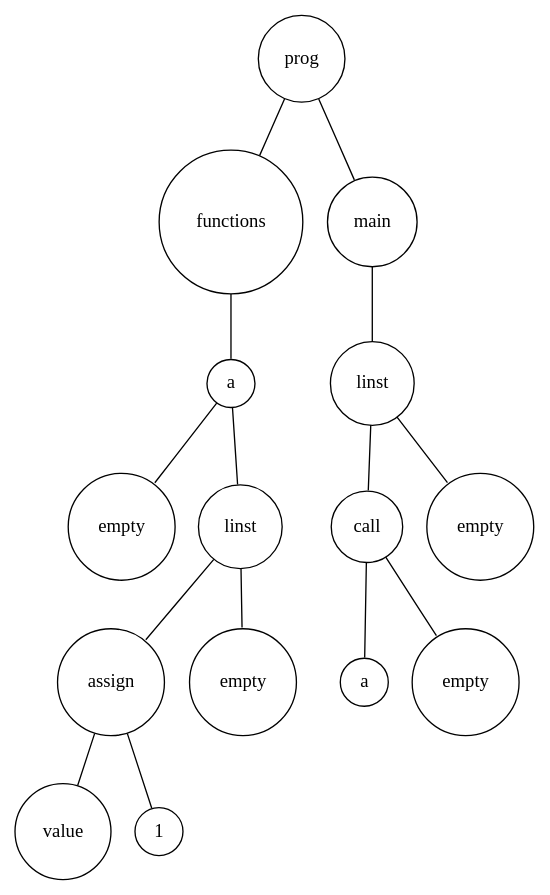
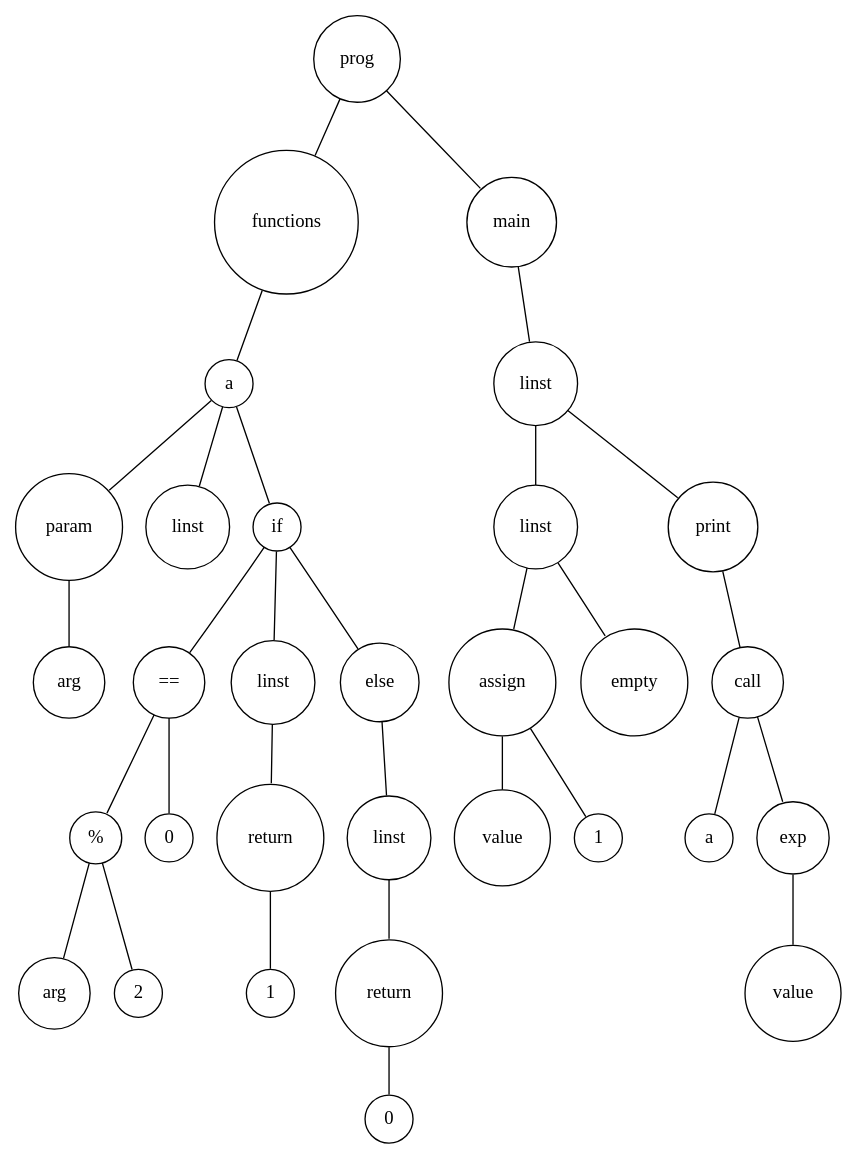
The diagram in img/graph.dot (smi4th/theoden), drawn with Graphviz before and after one commit. The commit also changed 6 other files, not shown here.

Commit message:
functions with return + debug mod

```diff
--- a/img/graph.dot
+++ b/img/graph.dot
@@ -1,32 +1,64 @@
 digraph {
 	node [shape=circle]
-	"3df9e7c4-5366-42cb-8744-291df018b609" [label=prog]
-	"10829626-9b54-487d-9f9d-5d218b20f183" [label=functions]
-	"0faf0749-01b8-4fda-8d1e-8b9e53a5f5d6" [label=a]
-	"94106440-7439-49ff-af74-d27853d2cc7c" [label=empty]
-	"0faf0749-01b8-4fda-8d1e-8b9e53a5f5d6" -> "94106440-7439-49ff-af74-d27853d2cc7c" [arrowsize=0]
-	"1c62ac5d-76c4-4084-be29-246f841d6edb" [label=linst]
-	"75e6cdb3-5038-4701-a45a-bf8297380346" [label=assign]
-	"e5b07fc4-f563-4979-b16f-d0664b668ebf" [label=value]
-	"75e6cdb3-5038-4701-a45a-bf8297380346" -> "e5b07fc4-f563-4979-b16f-d0664b668ebf" [arrowsize=0]
-	"7b757082-8bd9-4559-bfa0-1431585a65a1" [label=1]
-	"75e6cdb3-5038-4701-a45a-bf8297380346" -> "7b757082-8bd9-4559-bfa0-1431585a65a1" [arrowsize=0]
-	"1c62ac5d-76c4-4084-be29-246f841d6edb" -> "75e6cdb3-5038-4701-a45a-bf8297380346" [arrowsize=0]
-	"acba3ff8-8ba0-495e-90d3-1f83f0bc8a7d" [label=empty]
-	"1c62ac5d-76c4-4084-be29-246f841d6edb" -> "acba3ff8-8ba0-495e-90d3-1f83f0bc8a7d" [arrowsize=0]
-	"0faf0749-01b8-4fda-8d1e-8b9e53a5f5d6" -> "1c62ac5d-76c4-4084-be29-246f841d6edb" [arrowsize=0]
-	"10829626-9b54-487d-9f9d-5d218b20f183" -> "0faf0749-01b8-4fda-8d1e-8b9e53a5f5d6" [arrowsize=0]
-	"3df9e7c4-5366-42cb-8744-291df018b609" -> "10829626-9b54-487d-9f9d-5d218b20f183" [arrowsize=0]
-	"07107c65-568b-4d43-af18-1326279e0c4f" [label=main]
-	"8f61247a-13a9-47a2-9b7f-1608fb886a7b" [label=linst]
-	"dd914d54-a9fe-474d-97c5-85a7b5f066de" [label=call]
-	"5d2ff593-e71c-4690-8c23-a0ae2276c26d" [label=a]
-	"dd914d54-a9fe-474d-97c5-85a7b5f066de" -> "5d2ff593-e71c-4690-8c23-a0ae2276c26d" [arrowsize=0]
-	"7a123198-d544-4cf6-a739-de66b7a0be4e" [label=empty]
-	"dd914d54-a9fe-474d-97c5-85a7b5f066de" -> "7a123198-d544-4cf6-a739-de66b7a0be4e" [arrowsize=0]
-	"8f61247a-13a9-47a2-9b7f-1608fb886a7b" -> "dd914d54-a9fe-474d-97c5-85a7b5f066de" [arrowsize=0]
-	"4d5d56bd-8d7e-4229-99c0-dc10b5beb082" [label=empty]
-	"8f61247a-13a9-47a2-9b7f-1608fb886a7b" -> "4d5d56bd-8d7e-4229-99c0-dc10b5beb082" [arrowsize=0]
-	"07107c65-568b-4d43-af18-1326279e0c4f" -> "8f61247a-13a9-47a2-9b7f-1608fb886a7b" [arrowsize=0]
-	"3df9e7c4-5366-42cb-8744-291df018b609" -> "07107c65-568b-4d43-af18-1326279e0c4f" [arrowsize=0]
+	"ad1ca46c-1815-47f9-ae4c-292055c25653" [label=prog]
+	"5a773fcc-4445-4408-90bc-e194066118cf" [label=functions]
+	"3918a3ad-ebed-4600-91ea-c3c3de3171f0" [label=a]
+	"63f84df1-400c-4a2d-950c-6dc53f424e7f" [label=param]
+	"f4dfbcaa-64a2-4563-b818-301cc69572c7" [label=arg]
+	"63f84df1-400c-4a2d-950c-6dc53f424e7f" -> "f4dfbcaa-64a2-4563-b818-301cc69572c7" [arrowsize=0]
+	"3918a3ad-ebed-4600-91ea-c3c3de3171f0" -> "63f84df1-400c-4a2d-950c-6dc53f424e7f" [arrowsize=0]
+	"dee8d07a-366e-4d50-a69f-142ba8fed4c9" [label=linst]
+	"3918a3ad-ebed-4600-91ea-c3c3de3171f0" -> "dee8d07a-366e-4d50-a69f-142ba8fed4c9" [arrowsize=0]
+	"10b8eb55-d89d-4f5e-9978-337f524a3adf" [label=if]
+	"94ebe639-a4f8-4bc3-99f7-8a15ca74aea2" [label="=="]
+	"948f2c94-50a1-4fe1-8141-72d9d164d00c" [label="%"]
+	"f207b53e-3a06-40ec-90ed-5035c4c9b9ee" [label=arg]
+	"948f2c94-50a1-4fe1-8141-72d9d164d00c" -> "f207b53e-3a06-40ec-90ed-5035c4c9b9ee" [arrowsize=0]
+	"b3053a4c-df92-42f9-bc0e-ea1968cb05d2" [label=2]
+	"948f2c94-50a1-4fe1-8141-72d9d164d00c" -> "b3053a4c-df92-42f9-bc0e-ea1968cb05d2" [arrowsize=0]
+	"94ebe639-a4f8-4bc3-99f7-8a15ca74aea2" -> "948f2c94-50a1-4fe1-8141-72d9d164d00c" [arrowsize=0]
+	"0443b283-5efa-487c-9e0f-25314220aafb" [label=0]
+	"94ebe639-a4f8-4bc3-99f7-8a15ca74aea2" -> "0443b283-5efa-487c-9e0f-25314220aafb" [arrowsize=0]
+	"10b8eb55-d89d-4f5e-9978-337f524a3adf" -> "94ebe639-a4f8-4bc3-99f7-8a15ca74aea2" [arrowsize=0]
+	"c06425a0-8ebe-4f15-b4f1-aa49473c2393" [label=linst]
+	"22a7d9b3-c3f7-4f5e-ba52-1aa30a4306c9" [label=return]
+	"9576f789-c0bd-4cba-9079-989c6a44216d" [label=1]
+	"22a7d9b3-c3f7-4f5e-ba52-1aa30a4306c9" -> "9576f789-c0bd-4cba-9079-989c6a44216d" [arrowsize=0]
+	"c06425a0-8ebe-4f15-b4f1-aa49473c2393" -> "22a7d9b3-c3f7-4f5e-ba52-1aa30a4306c9" [arrowsize=0]
+	"10b8eb55-d89d-4f5e-9978-337f524a3adf" -> "c06425a0-8ebe-4f15-b4f1-aa49473c2393" [arrowsize=0]
+	"8ddd512b-161b-42f1-b657-c0c1ee811caa" [label=else]
+	"ab0811f5-7b76-4c2d-ace5-2c9f6898af02" [label=linst]
+	"352dcf2a-e919-4f74-a7a1-cafe31a1ab4c" [label=return]
+	"7fb39ff0-3dee-4437-a1da-1fb423bbec9c" [label=0]
+	"352dcf2a-e919-4f74-a7a1-cafe31a1ab4c" -> "7fb39ff0-3dee-4437-a1da-1fb423bbec9c" [arrowsize=0]
+	"ab0811f5-7b76-4c2d-ace5-2c9f6898af02" -> "352dcf2a-e919-4f74-a7a1-cafe31a1ab4c" [arrowsize=0]
+	"8ddd512b-161b-42f1-b657-c0c1ee811caa" -> "ab0811f5-7b76-4c2d-ace5-2c9f6898af02" [arrowsize=0]
+	"10b8eb55-d89d-4f5e-9978-337f524a3adf" -> "8ddd512b-161b-42f1-b657-c0c1ee811caa" [arrowsize=0]
+	"3918a3ad-ebed-4600-91ea-c3c3de3171f0" -> "10b8eb55-d89d-4f5e-9978-337f524a3adf" [arrowsize=0]
+	"5a773fcc-4445-4408-90bc-e194066118cf" -> "3918a3ad-ebed-4600-91ea-c3c3de3171f0" [arrowsize=0]
+	"ad1ca46c-1815-47f9-ae4c-292055c25653" -> "5a773fcc-4445-4408-90bc-e194066118cf" [arrowsize=0]
+	"33f52a5d-1b50-4240-aa94-750d2dcdd62d" [label=main]
+	"fbc30072-5f27-48dd-b242-e0bc426987c7" [label=linst]
+	"f6ba78d5-7aab-4e1e-bb77-65c6866d834d" [label=linst]
+	"c71d8ad2-0ff2-47a7-b6c0-2e89005786f1" [label=assign]
+	"0b28201f-b48a-4a72-b8a0-8c8f73ec7252" [label=value]
+	"c71d8ad2-0ff2-47a7-b6c0-2e89005786f1" -> "0b28201f-b48a-4a72-b8a0-8c8f73ec7252" [arrowsize=0]
+	"fbe1682c-ff3e-4220-9eed-7f1074bb096c" [label=1]
+	"c71d8ad2-0ff2-47a7-b6c0-2e89005786f1" -> "fbe1682c-ff3e-4220-9eed-7f1074bb096c" [arrowsize=0]
+	"f6ba78d5-7aab-4e1e-bb77-65c6866d834d" -> "c71d8ad2-0ff2-47a7-b6c0-2e89005786f1" [arrowsize=0]
+	"d1cf4caf-3646-48d3-a58f-cf14906d522c" [label=empty]
+	"f6ba78d5-7aab-4e1e-bb77-65c6866d834d" -> "d1cf4caf-3646-48d3-a58f-cf14906d522c" [arrowsize=0]
+	"fbc30072-5f27-48dd-b242-e0bc426987c7" -> "f6ba78d5-7aab-4e1e-bb77-65c6866d834d" [arrowsize=0]
+	"6d5e7ea1-cb44-49ff-a529-a31634f4296e" [label=print]
+	"1d05c885-116f-4670-9ab2-346d1d9632b1" [label=call]
+	"9558fa28-4f71-4bac-aeb4-9403f061738e" [label=a]
+	"1d05c885-116f-4670-9ab2-346d1d9632b1" -> "9558fa28-4f71-4bac-aeb4-9403f061738e" [arrowsize=0]
+	"4ce25de8-c55d-4d17-b58a-f441f00c3d6f" [label=exp]
+	"ad6c4f39-81f9-4403-b5a5-afec60f7112a" [label=value]
+	"4ce25de8-c55d-4d17-b58a-f441f00c3d6f" -> "ad6c4f39-81f9-4403-b5a5-afec60f7112a" [arrowsize=0]
+	"1d05c885-116f-4670-9ab2-346d1d9632b1" -> "4ce25de8-c55d-4d17-b58a-f441f00c3d6f" [arrowsize=0]
+	"6d5e7ea1-cb44-49ff-a529-a31634f4296e" -> "1d05c885-116f-4670-9ab2-346d1d9632b1" [arrowsize=0]
+	"fbc30072-5f27-48dd-b242-e0bc426987c7" -> "6d5e7ea1-cb44-49ff-a529-a31634f4296e" [arrowsize=0]
+	"33f52a5d-1b50-4240-aa94-750d2dcdd62d" -> "fbc30072-5f27-48dd-b242-e0bc426987c7" [arrowsize=0]
+	"ad1ca46c-1815-47f9-ae4c-292055c25653" -> "33f52a5d-1b50-4240-aa94-750d2dcdd62d" [arrowsize=0]
 }
```
